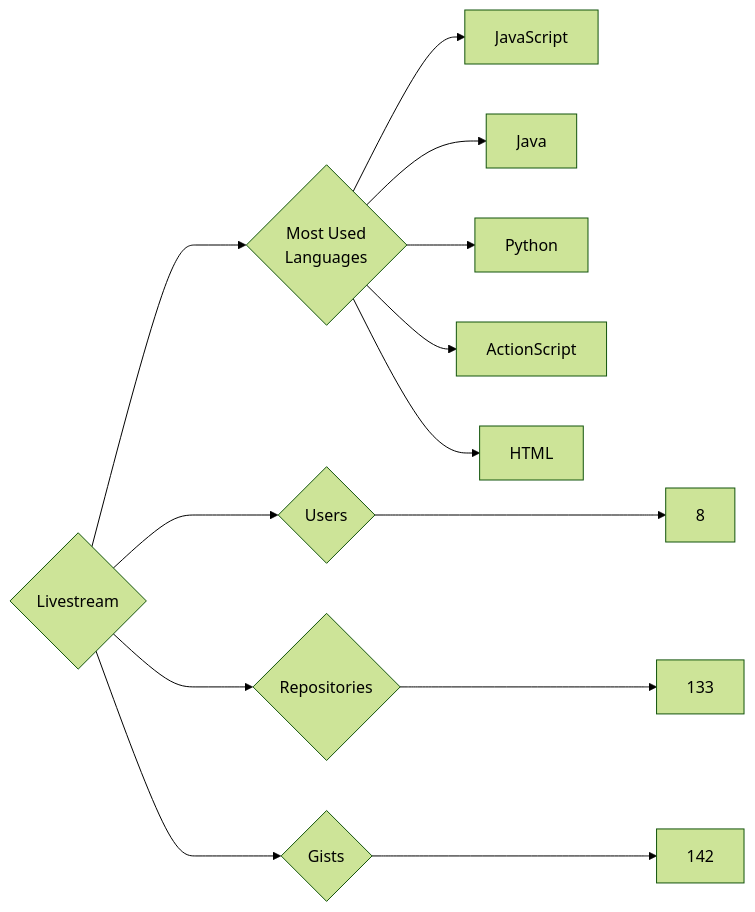
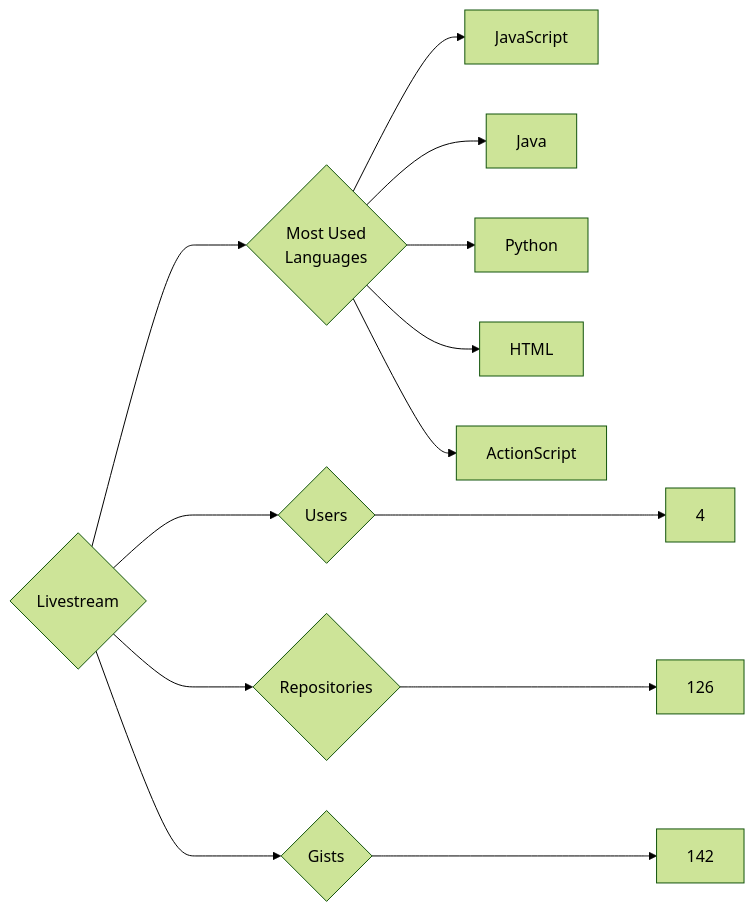
The diagram in targets/Livestream/README.md (trickest/insiders), drawn with Mermaid (forest theme) before and after one commit. The commit also changed 757 other files, not shown here.

````diff
--- a/targets/Livestream/README.md
+++ b/targets/Livestream/README.md
@@ -3,13 +3,13 @@
 ```mermaid
 graph LR
 COMPANY_NAME{Livestream}
-COMPANY_NAME ---> U{Users} ---> UN[8]
-COMPANY_NAME ---> R{Repositories} ---> RN[133]
+COMPANY_NAME ---> U{Users} ---> UN[4]
+COMPANY_NAME ---> R{Repositories} ---> RN[126]
 COMPANY_NAME ---> G{Gists} ---> GN[142]
 COMPANY_NAME ---> ML{Most Used<br>Languages}
 ML --> JavaScript[JavaScript]
 ML --> Java[Java]
 ML --> Python[Python]
+ML --> HTML[HTML]
 ML --> ActionScript[ActionScript]
-ML --> HTML[HTML]
 ```
````
